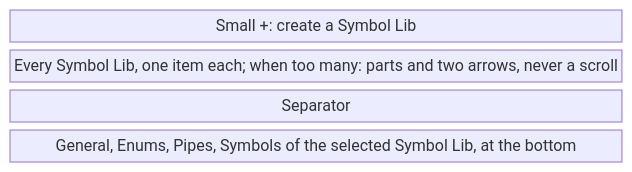
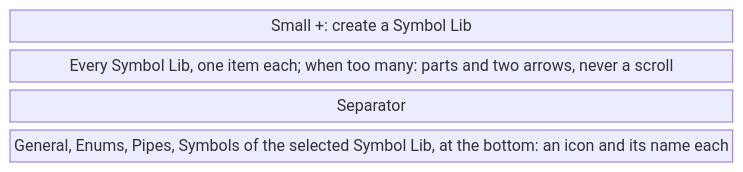
Before and after one commit to AlexandreGallais/synoptic-studio-spec: the first of 5 diagrams in symbols/01-libraries-and-symbols.md, drawn with Mermaid. The commit also changed other lines of this file and 3 other files, not shown here.

````diff
--- a/symbols/01-libraries-and-symbols.md
+++ b/symbols/01-libraries-and-symbols.md
@@ -49,8 +50,8 @@
 ```mermaid
 block-beta
     columns 1
     add["Small +: create a Symbol Lib"]
     list["Every Symbol Lib, one item each; when too many: parts and two arrows, never a scroll"]
     sep["Separator"]
-    pages["General, Enums, Pipes, Symbols of the selected Symbol Lib, at the bottom"]
+    pages["General, Enums, Pipes, Symbols of the selected Symbol Lib, at the bottom: an icon and its name each"]
 ```
````
